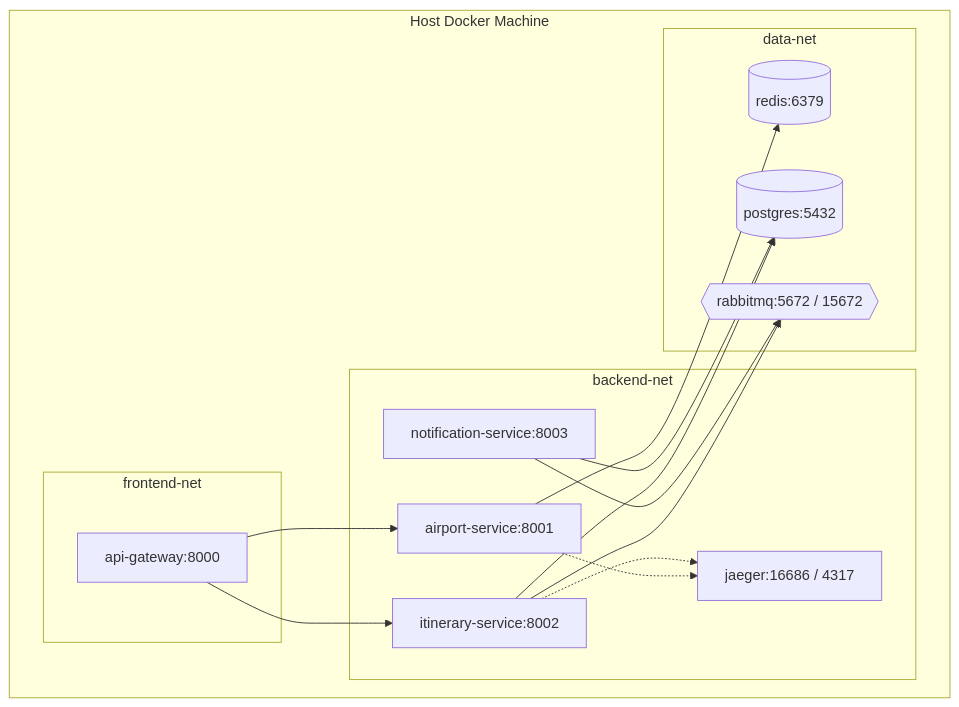
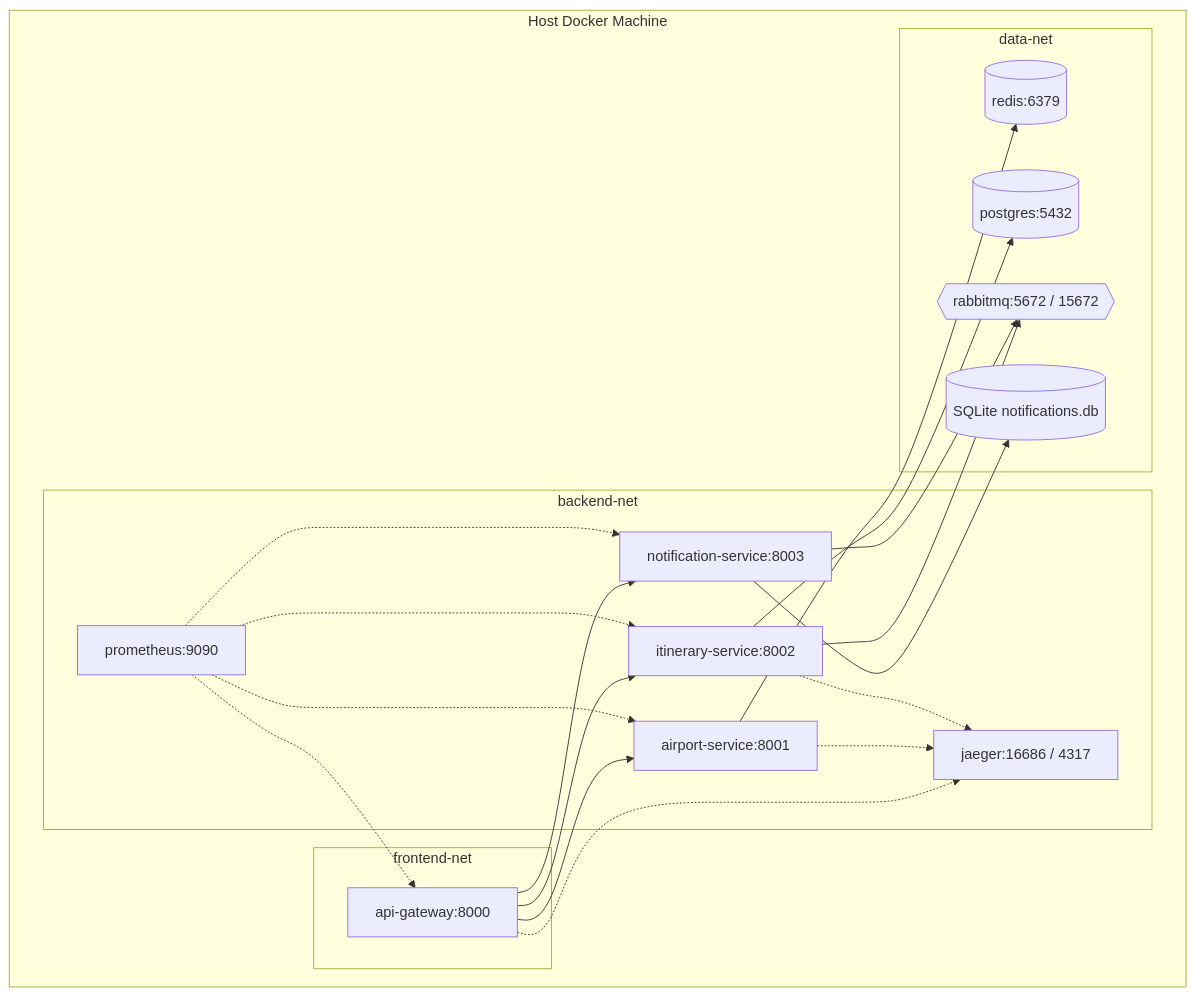
The fifth of 5 diagrams in README.md (nicoo-code/itinerary-system-orchestrator), drawn with Mermaid before and after one commit. The commit also changed other lines of this file, not shown here.

````diff
--- a/README.md
+++ b/README.md
@@ -286,31 +287,39 @@
 ```mermaid
 graph TD
     subgraph Host["Host Docker Machine"]
         subgraph NetFront["frontend-net"]
             GW[api-gateway:8000]
         end
 
         subgraph NetBack["backend-net"]
             AIRP[airport-service:8001]
             ITIN[itinerary-service:8002]
             NOTIF[notification-service:8003]
             JAEGER[jaeger:16686 / 4317]
+            PROM[prometheus:9090]
         end
 
         subgraph NetData["data-net"]
             REDIS[(redis:6379)]
             PG[(postgres:5432)]
             RABBIT{{rabbitmq:5672 / 15672}}
+            NOTIFDB[(SQLite notifications.db)]
         end
     end
 
     GW --> AIRP
     GW --> ITIN
+    GW --> NOTIF
     AIRP --> REDIS
     ITIN --> PG
     ITIN --> RABBIT
     NOTIF --> RABBIT
-    NOTIF --> PG
+    NOTIF --> NOTIFDB
+    GW -.-> JAEGER
     AIRP -.-> JAEGER
     ITIN -.-> JAEGER
+    PROM -.-> GW
+    PROM -.-> AIRP
+    PROM -.-> ITIN
+    PROM -.-> NOTIF
 ```
````
